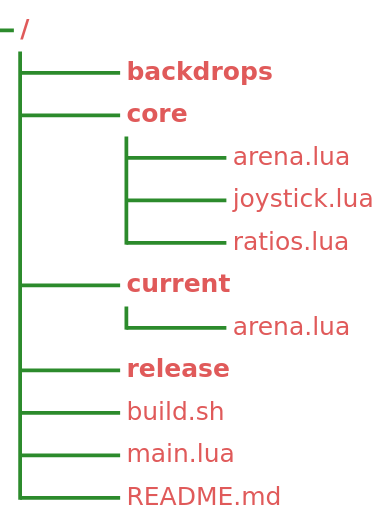
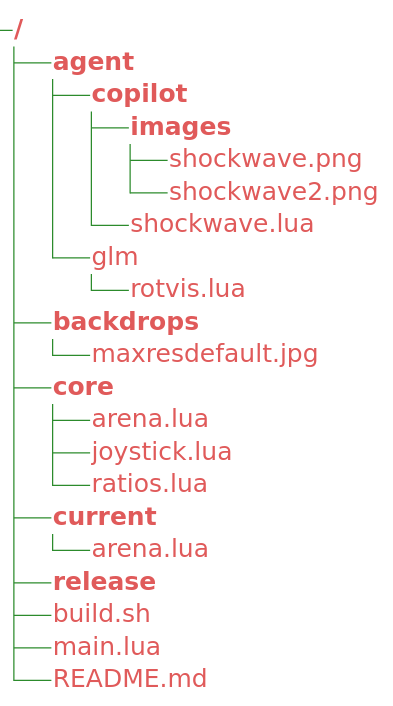
One commit to entitycs/WaMBaM changed the third of 9 diagrams in README.md. Above: the diagram before and after it, drawn with Mermaid. The commit also changed 1 other file, not shown here.

Commit message:
update README, gitignore - prep for 'gh-pages'

````diff
--- a/README.md
+++ b/README.md
@@ -141,25 +141,36 @@
 ```mermaid
 ---
 config:
     treeView:
-        rowIndent: 80
-        lineThickness: 3
+        rowIndent: 30
+        lineThickness: 1
+        paddingX: 1
+        paddingY: 1
     themeVariables:
         treeView:
             labelFontSize: '20px'
             labelColor: '#e05a5a'
             lineColor: '#2c8b2c'
 ---
 treeView-beta
+    "agent/"
+      "copilot/"
+        "images/"
+          "shockwave.png"
+          "shockwave2.png"
+        "shockwave.lua"
+      "glm"
+        "rotvis.lua"
     "backdrops/"
+      "maxresdefault.jpg"
     "core/"
       "arena.lua"
       "joystick.lua"
       "ratios.lua"
     "current/"
       "arena.lua"
     "release/"
     "build.sh"
     "main.lua"
     "README.md"
 ```
````
